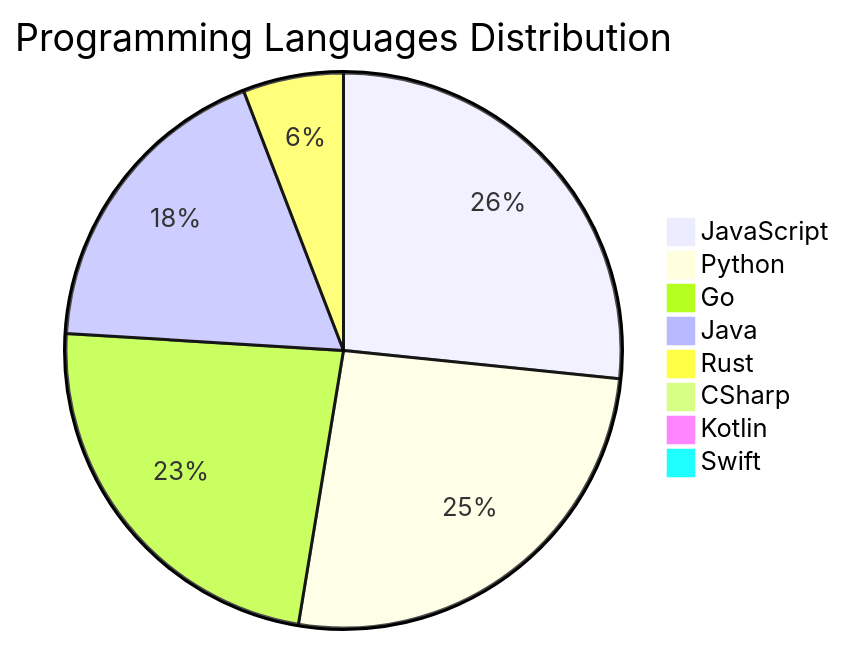
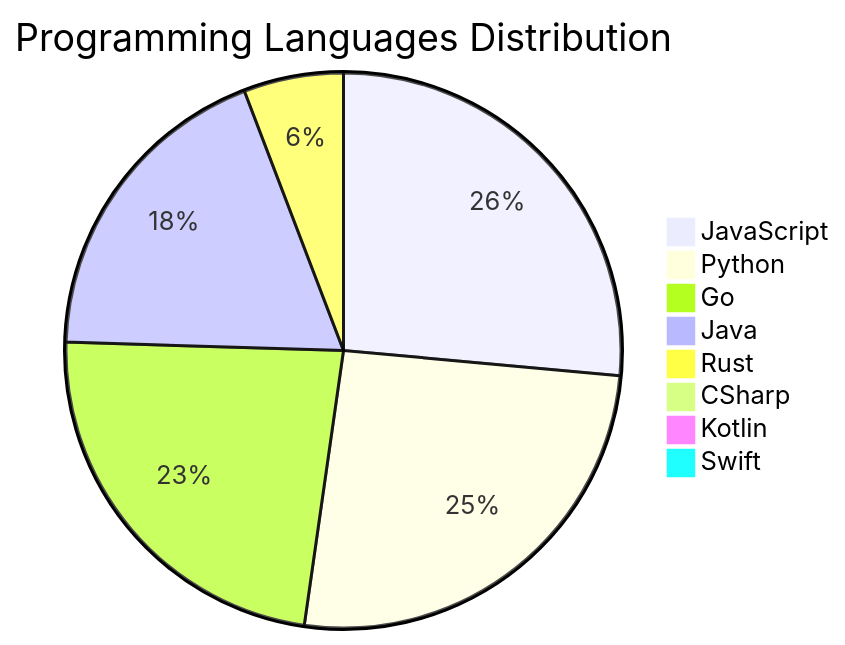
Before and after one commit to Derrick-MUGISHA/github-activity-bot: the diagram in README.md, drawn with Mermaid. The commit also changed other lines of this file and 4 other files, not shown here.

````diff
--- a/README.md
+++ b/README.md
@@ -208,11 +208,11 @@
 ```mermaid
 pie title Programming Languages Distribution
     "JavaScript" : 41
     "Python" : 40
     "Go" : 36
-    "Java" : 28
+    "Java" : 29
     "Rust" : 9
     "CSharp" : 1
     "Kotlin" : 1
     "Swift" : 1
 ```
````
